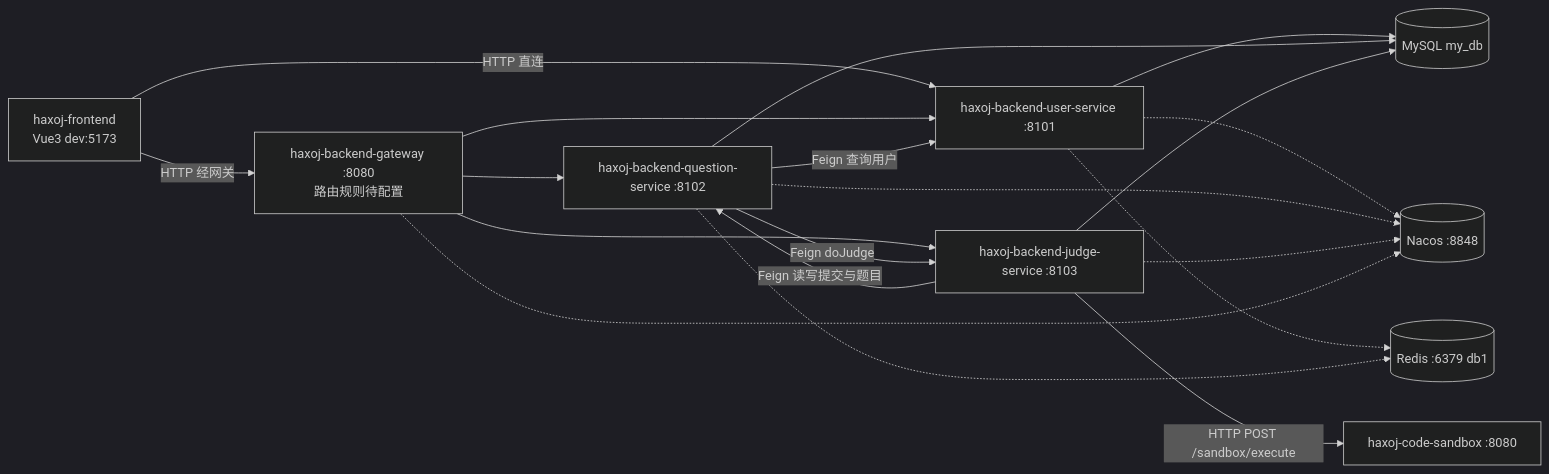
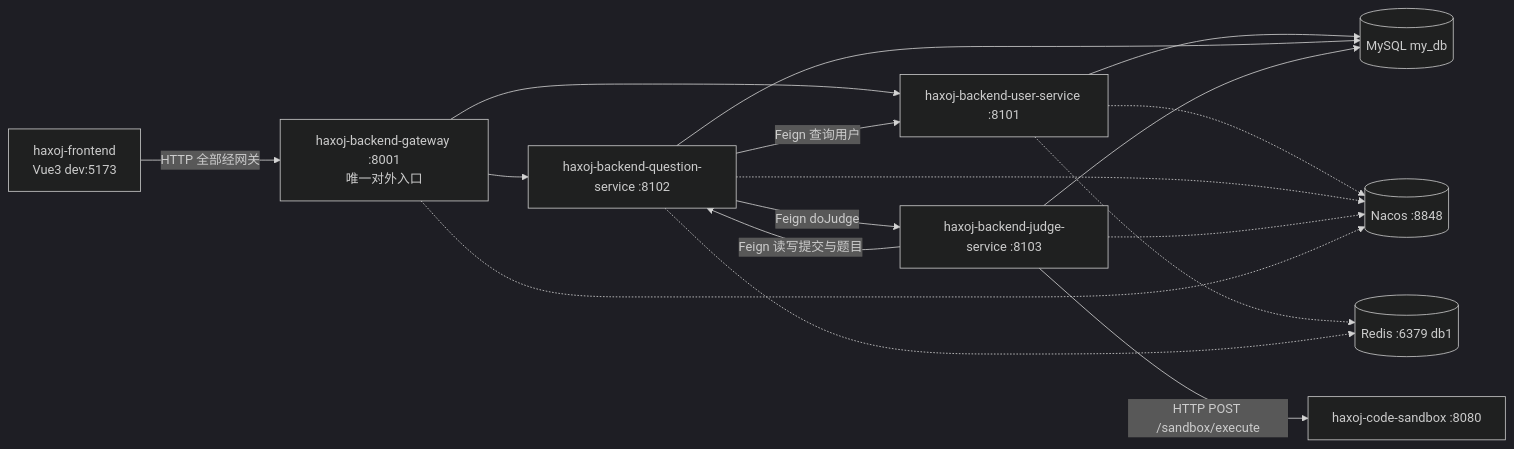
The diagram in README.md (heix0x/haxoj-backend-microservice), drawn with Mermaid (dark theme) before and after one commit. The commit also changed other lines of this file and 1 other file, not shown here.

````diff
--- a/README.md
+++ b/README.md
@@ -54,21 +54,19 @@
 ```mermaid
 flowchart LR
-  FE[haxoj-frontend<br/>Vue3 dev:5173] -->|HTTP 直连| US
-  FE -->|HTTP 经网关| GW
-  GW[haxoj-backend-gateway :8080<br/>路由规则待配置] --> US
+  FE[haxoj-frontend<br/>Vue3 dev:5173] -->|HTTP 全部经网关| GW
+  GW[haxoj-backend-gateway :8001<br/>唯一对外入口] --> US
   GW --> QS
-  GW --> JS
   US[haxoj-backend-user-service :8101] --> DB[(MySQL my_db)]
   QS[haxoj-backend-question-service :8102] --> DB
   JS[haxoj-backend-judge-service :8103] --> DB
   QS -->|Feign doJudge| JS
   JS -->|Feign 读写提交与题目| QS
   QS -->|Feign 查询用户| US
   JS -->|HTTP POST /sandbox/execute| SB[haxoj-code-sandbox :8080]
   US -.-> NACOS[(Nacos :8848)]
   QS -.-> NACOS
   JS -.-> NACOS
   GW -.-> NACOS
   US -.-> REDIS[(Redis :6379 db1)]
   QS -.-> REDIS
 ```
````
